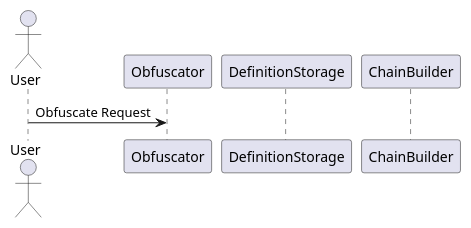
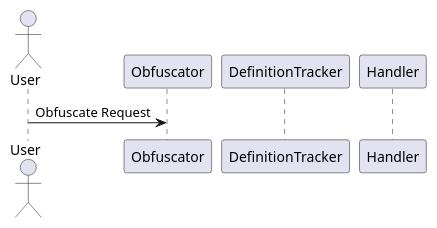
Before and after one commit to DrewTChrist/obscurepy: the diagram in plantuml/sequence_diagram.puml, drawn with PlantUML. The commit also changed 7 other files, not shown here.

```diff
--- a/plantuml/sequence_diagram.puml
+++ b/plantuml/sequence_diagram.puml
@@ -1,14 +1,15 @@
 @startuml
 'autoactivate on
 actor User as User
 participant Obfuscator
-participant DefinitionStorage
-participant ChainBuilder
+participant DefinitionTracker
+participant Handler
+
 
 ' comment
 /'
 multi line comment
 '/
 User -> Obfuscator : Obfuscate Request
 
 @enduml
```
